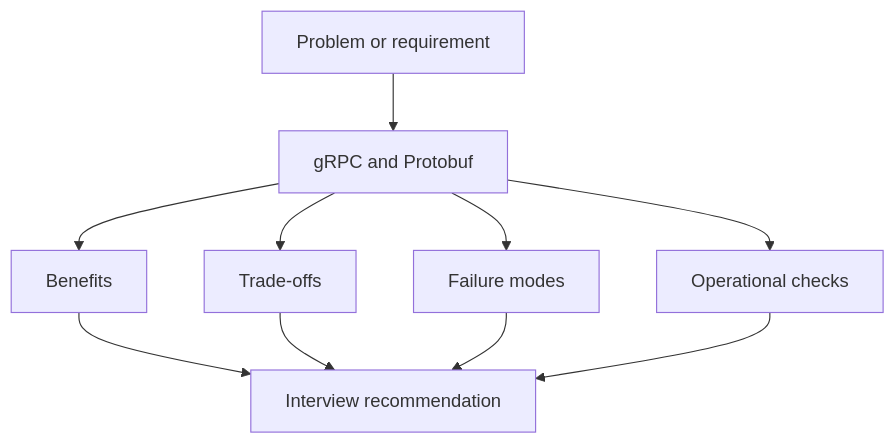
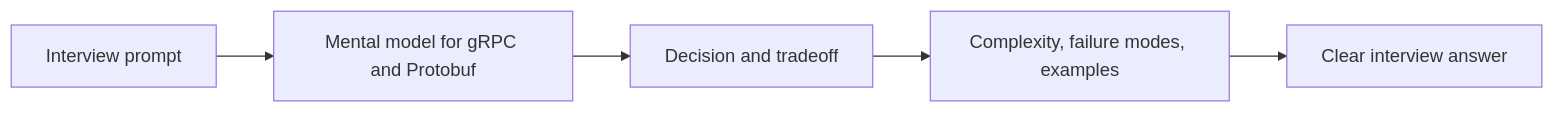
The diagram in components/api-and-communication/grpc/index.md (abstractinterviews/abstractinterviews.github.io), drawn with Mermaid before and after one commit. The commit also changed other lines of this file and 278 other files, not shown here.

````diff
--- a/components/api-and-communication/grpc/index.md
+++ b/components/api-and-communication/grpc/index.md
@@ -108,12 +100,7 @@
-~~~mermaid
-flowchart TD
-    Problem["Problem or requirement"] --> Concept["gRPC and Protobuf"]
-    Concept --> Benefits["Benefits"]
-    Concept --> Tradeoffs["Trade-offs"]
-    Concept --> FailureModes["Failure modes"]
-    Concept --> Operations["Operational checks"]
-    Benefits --> Decision["Interview recommendation"]
-    Tradeoffs --> Decision
-    FailureModes --> Decision
-    Operations --> Decision
-~~~
+```mermaid
+flowchart LR
+    Problem["Interview prompt"] --> Model["Mental model for gRPC and Protobuf"]
+    Model --> Choice["Decision and tradeoff"]
+    Choice --> Evidence["Complexity, failure modes, examples"]
+    Evidence --> Answer["Clear interview answer"]
+```
````
